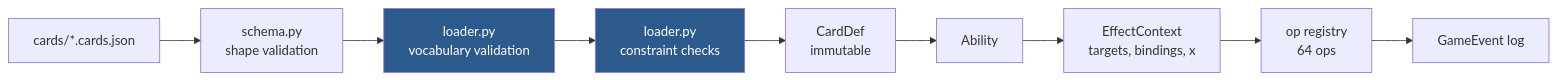
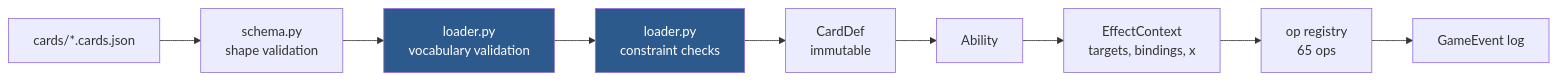
Before and after one commit to TylerGauntlett/commander-blitz: the diagram in docs/card-dsl.md, drawn with Mermaid. The commit also changed other lines of this file and 7 other files, not shown here.

````diff
--- a/docs/card-dsl.md
+++ b/docs/card-dsl.md
@@ -6,14 +6,14 @@
 ```mermaid
 flowchart LR
     json["cards/*.cards.json"] --> pydantic["schema.py<br/>shape validation"]
     pydantic --> vocab["loader.py<br/>vocabulary validation"]
     vocab --> constraints["loader.py<br/>constraint checks"]
     constraints --> carddef["CardDef<br/>immutable"]
     carddef --> ability["Ability"]
     ability --> ctx["EffectContext<br/>targets, bindings, x"]
-    ctx --> ops["op registry<br/>64 ops"]
+    ctx --> ops["op registry<br/>65 ops"]
     ops --> events["GameEvent log"]
 
     style vocab fill:#2d5a8c,color:#fff
     style constraints fill:#2d5a8c,color:#fff
 ```
````
